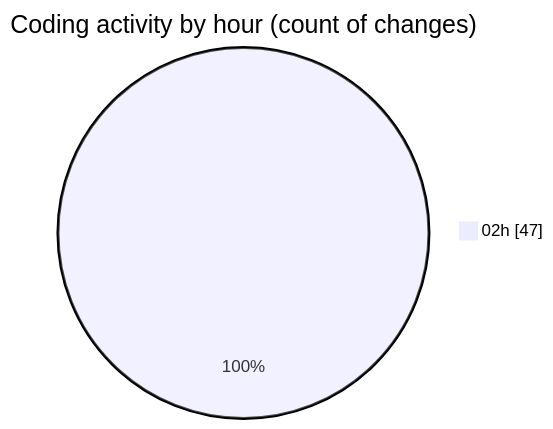
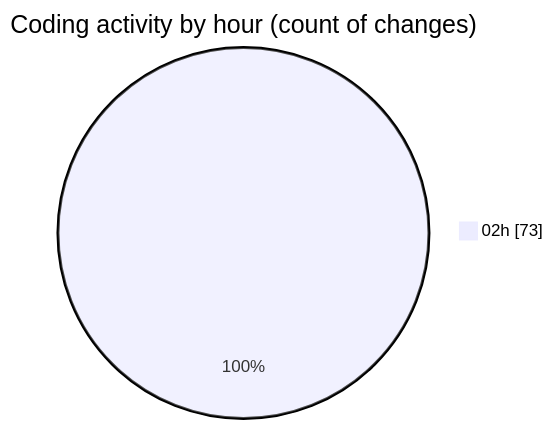
The second of 2 diagrams in 2025-07-20/defer/README.md (EIIisD/code-tracking), drawn with Mermaid before and after one commit. The commit also changed other lines of this file and 1 other file, not shown here.

````diff
--- a/2025-07-20/defer/README.md
+++ b/2025-07-20/defer/README.md
@@ -41,5 +46,5 @@
 ```mermaid
 pie showData
 title Coding activity by hour (count of changes)
-"02h" : 47
+"02h" : 73
 ```
````
